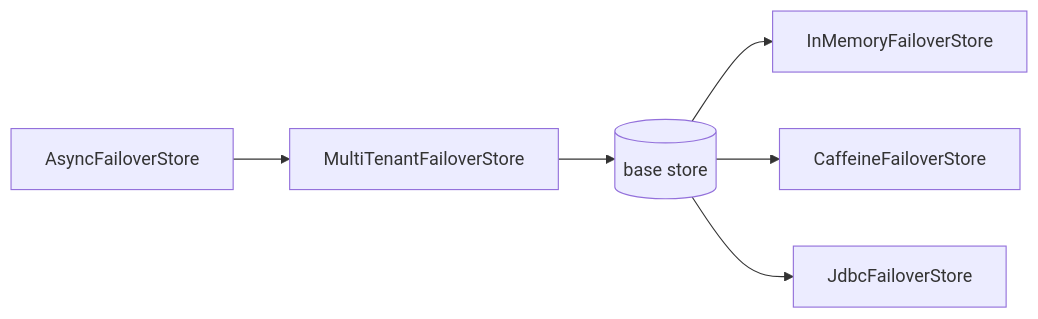
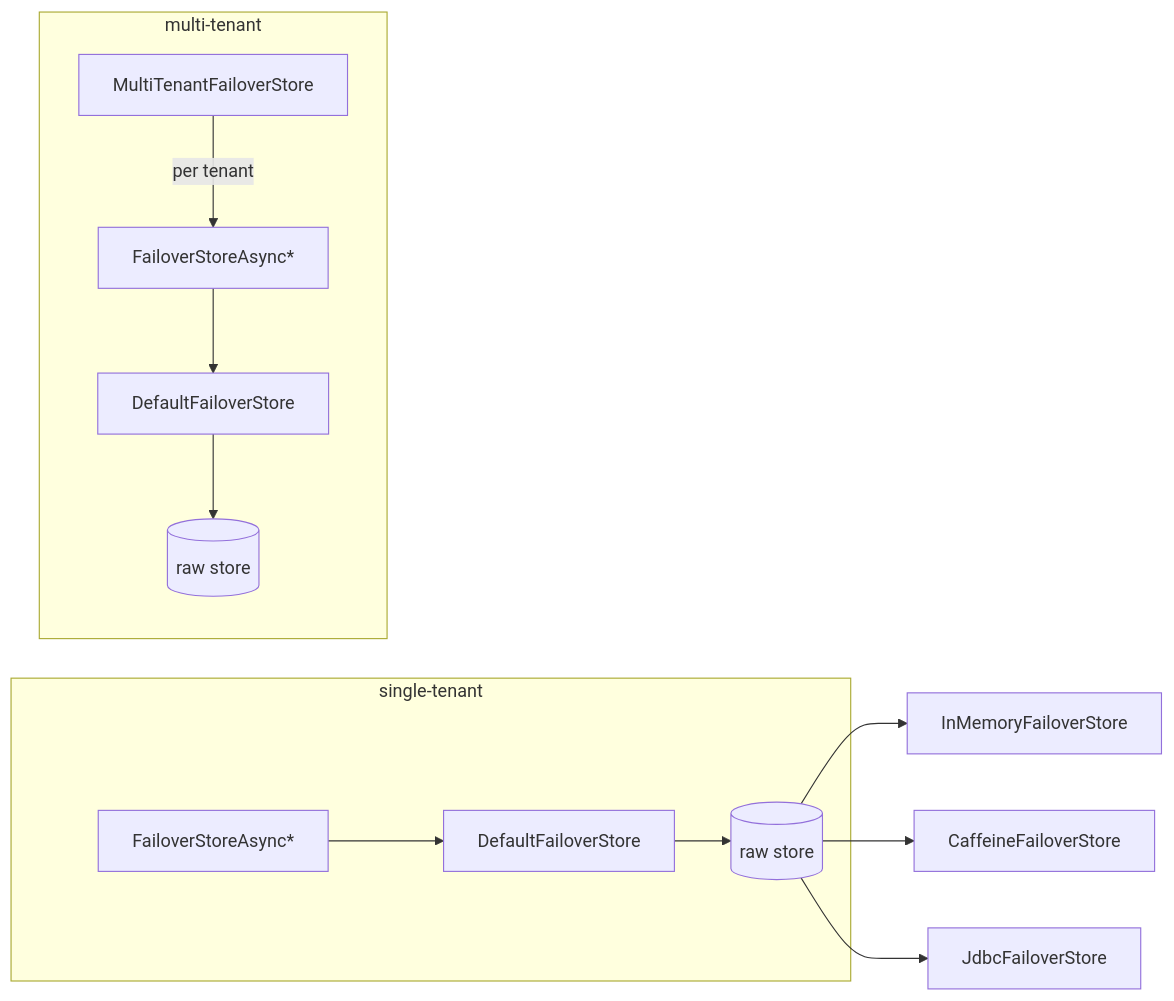
One commit to societe-generale/failover changed the sixth of 6 diagrams in docs/concepts/how-it-works.md. Above: the diagram before and after it, drawn with Mermaid. The commit also changed other lines of this file and 5 other files, not shown here.

Commit message:
refactor: A builder/fluent API for chain construction for FailoverStore

````diff
--- a/docs/concepts/how-it-works.md
+++ b/docs/concepts/how-it-works.md
@@ -214,9 +221,12 @@
 ```mermaid
 flowchart LR
-    A[AsyncFailoverStore] --> M[MultiTenantFailoverStore]
-    M --> B[(base store)]
+    subgraph single-tenant
+      A[FailoverStoreAsync*] --> D[DefaultFailoverStore] --> B[(raw store)]
+    end
+    subgraph multi-tenant
+      M[MultiTenantFailoverStore] -->|per tenant| A2[FailoverStoreAsync*] --> D2[DefaultFailoverStore] --> B2[(raw store)]
+    end
     B --> I[InMemoryFailoverStore]
     B --> C[CaffeineFailoverStore]
     B --> J[JdbcFailoverStore]
-
 ```
````
